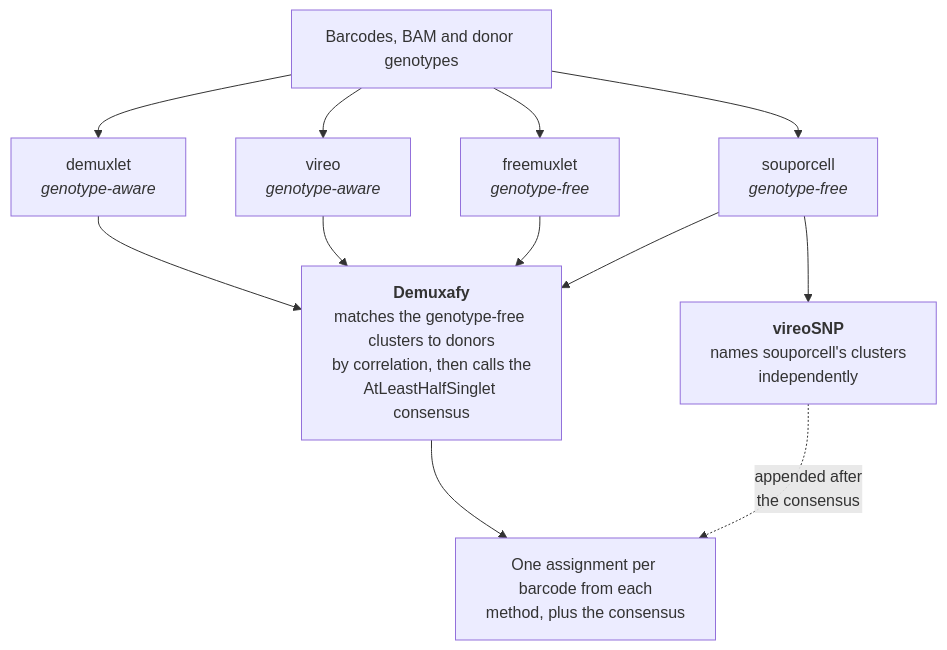
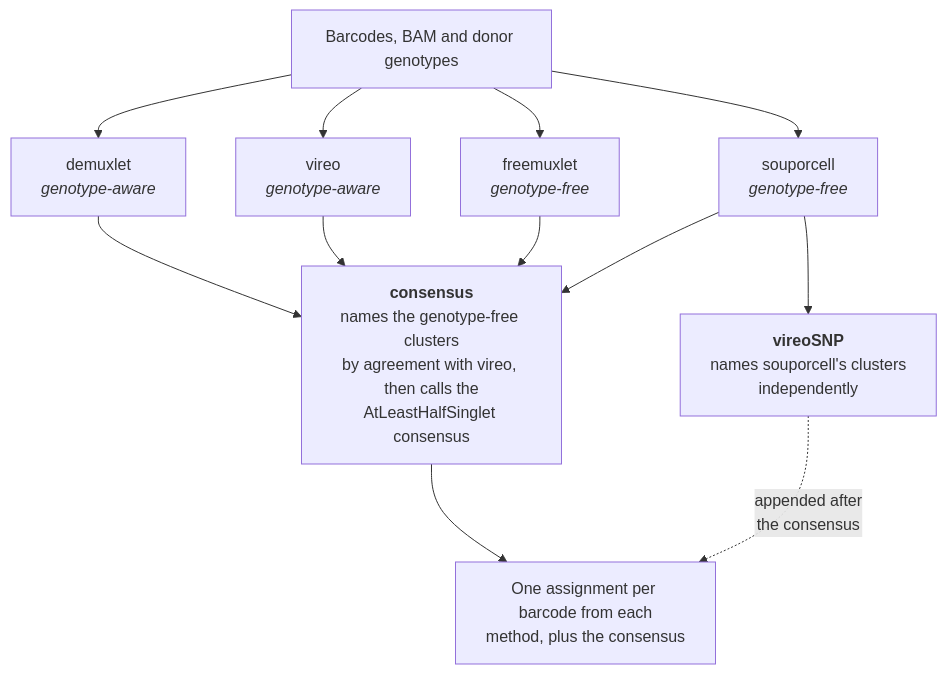
The second of 3 diagrams in README.md (swarbricklab/snp_demux), drawn with Mermaid before and after one commit. The commit also changed other lines of this file and 16 other files, not shown here.

````diff
--- a/README.md
+++ b/README.md
@@ -77,21 +78,21 @@
 ```mermaid
 flowchart TB
     IN["Barcodes, BAM and donor genotypes"]
 
     IN --> DL["demuxlet<br/><i>genotype-aware</i>"]
     IN --> VI["vireo<br/><i>genotype-aware</i>"]
     IN --> FM["freemuxlet<br/><i>genotype-free</i>"]
     IN --> SO["souporcell<br/><i>genotype-free</i>"]
 
     DL --> DX
     VI --> DX
     FM --> DX
     SO --> DX
 
-    DX["<b>Demuxafy</b><br/>matches the genotype-free clusters to donors<br/>by correlation, then calls the<br/>AtLeastHalfSinglet consensus"]
+    DX["<b>consensus</b><br/>names the genotype-free clusters<br/>by agreement with vireo, then calls the<br/>AtLeastHalfSinglet consensus"]
 
     SO --> VS["<b>vireoSNP</b><br/>names souporcell's clusters<br/>independently"]
 
     DX --> OUT["One assignment per barcode from each<br/>method, plus the consensus"]
     VS -. "appended after<br/>the consensus" .-> OUT
 ```
````
